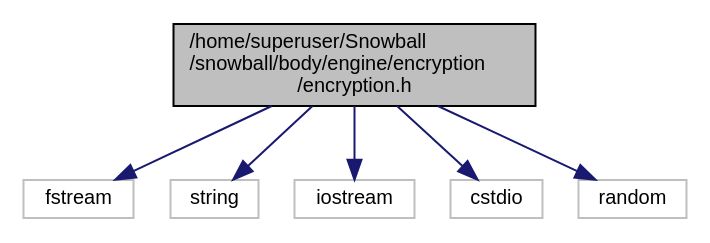
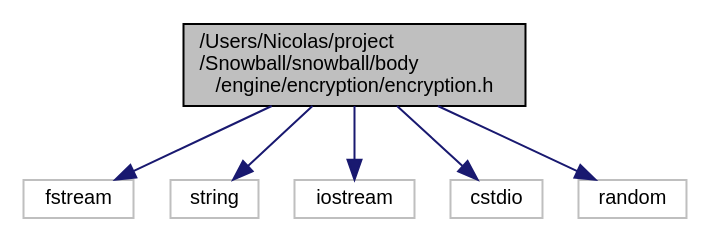
One commit to HexDumper/Snowball changed the diagram in snowball/documentation/rtf/encryption_8h__incl.dot. Above: the diagram before and after it, drawn with Graphviz. The commit also changed 330 other files, not shown here.

```diff
--- a/snowball/documentation/rtf/encryption_8h__incl.dot
+++ b/snowball/documentation/rtf/encryption_8h__incl.dot
@@ -1,16 +1,16 @@
-digraph "/home/superuser/Snowball/snowball/body/engine/encryption/encryption.h"
+digraph "/Users/Nicolas/project/Snowball/snowball/body/engine/encryption/encryption.h"
 {
   edge [fontname="Helvetica",fontsize="10",labelfontname="Helvetica",labelfontsize="10"];
   node [fontname="Helvetica",fontsize="10",shape=record];
-  Node1 [label="/home/superuser/Snowball\l/snowball/body/engine/encryption\l/encryption.h",height=0.2,width=0.4,color="black", fillcolor="grey75", style="filled", fontcolor="black"];
-  Node1 -> Node2 [color="midnightblue",fontsize="10",style="solid",fontname="Helvetica"];
-  Node2 [label="fstream",height=0.2,width=0.4,color="grey75", fillcolor="white", style="filled"];
-  Node1 -> Node3 [color="midnightblue",fontsize="10",style="solid",fontname="Helvetica"];
-  Node3 [label="string",height=0.2,width=0.4,color="grey75", fillcolor="white", style="filled"];
-  Node1 -> Node4 [color="midnightblue",fontsize="10",style="solid",fontname="Helvetica"];
-  Node4 [label="iostream",height=0.2,width=0.4,color="grey75", fillcolor="white", style="filled"];
-  Node1 -> Node5 [color="midnightblue",fontsize="10",style="solid",fontname="Helvetica"];
-  Node5 [label="cstdio",height=0.2,width=0.4,color="grey75", fillcolor="white", style="filled"];
-  Node1 -> Node6 [color="midnightblue",fontsize="10",style="solid",fontname="Helvetica"];
-  Node6 [label="random",height=0.2,width=0.4,color="grey75", fillcolor="white", style="filled"];
+  Node0 [label="/Users/Nicolas/project\l/Snowball/snowball/body\l/engine/encryption/encryption.h",height=0.2,width=0.4,color="black", fillcolor="grey75", style="filled", fontcolor="black"];
+  Node0 -> Node1 [color="midnightblue",fontsize="10",style="solid",fontname="Helvetica"];
+  Node1 [label="fstream",height=0.2,width=0.4,color="grey75", fillcolor="white", style="filled"];
+  Node0 -> Node2 [color="midnightblue",fontsize="10",style="solid",fontname="Helvetica"];
+  Node2 [label="string",height=0.2,width=0.4,color="grey75", fillcolor="white", style="filled"];
+  Node0 -> Node3 [color="midnightblue",fontsize="10",style="solid",fontname="Helvetica"];
+  Node3 [label="iostream",height=0.2,width=0.4,color="grey75", fillcolor="white", style="filled"];
+  Node0 -> Node4 [color="midnightblue",fontsize="10",style="solid",fontname="Helvetica"];
+  Node4 [label="cstdio",height=0.2,width=0.4,color="grey75", fillcolor="white", style="filled"];
+  Node0 -> Node5 [color="midnightblue",fontsize="10",style="solid",fontname="Helvetica"];
+  Node5 [label="random",height=0.2,width=0.4,color="grey75", fillcolor="white", style="filled"];
 }
```
